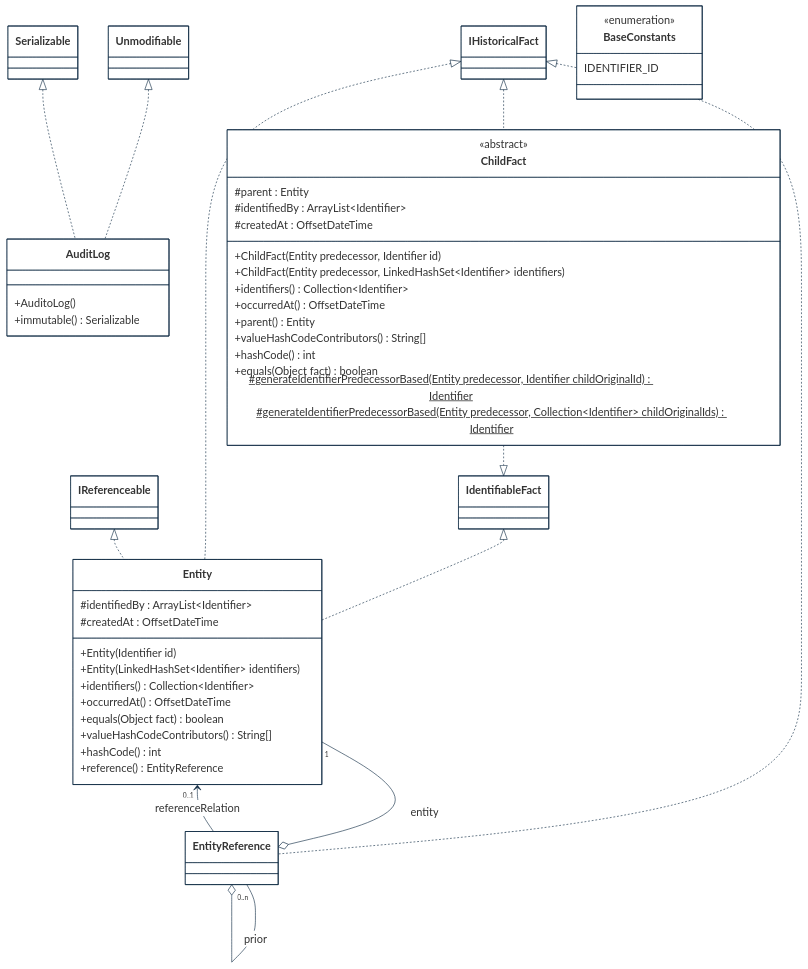
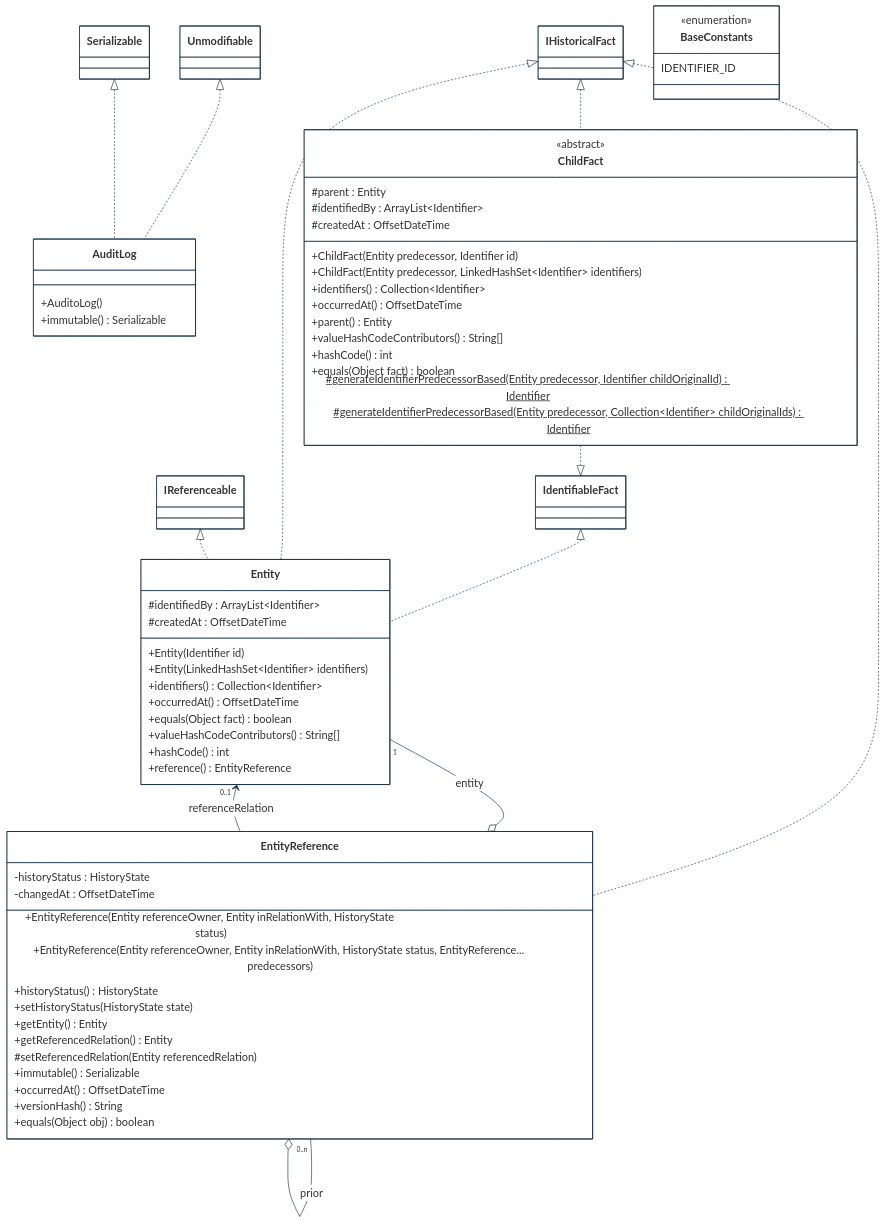
Before and after one commit to cybnity/foundation: the first of 5 diagrams in implementations-line/framework/immutable/designview-packages.md, drawn with Mermaid.

````diff
--- a/implementations-line/framework/immutable/designview-packages.md
+++ b/implementations-line/framework/immutable/designview-packages.md
@@ -100,6 +100,19 @@
         #generateIdentifierPredecessorBased(Entity predecessor, Collection~Identifier~ childOriginalIds)$ Identifier
     }
     class EntityReference {
+        -historyStatus : HistoryState
+        -changedAt : OffsetDateTime
+        +EntityReference(Entity referenceOwner, Entity inRelationWith, HistoryState status)
+        +EntityReference(Entity referenceOwner, Entity inRelationWith, HistoryState status, EntityReference... predecessors)
+        +historyStatus() HistoryState
+        +setHistoryStatus(HistoryState state)
+        +getEntity() Entity
+        +getReferencedRelation() Entity
+        #setReferencedRelation(Entity referencedRelation)
+        +immutable() Serializable
+        +occurredAt() OffsetDateTime
+        +versionHash() String
+        +equals(Object obj) boolean
     }
 
 ```
````
